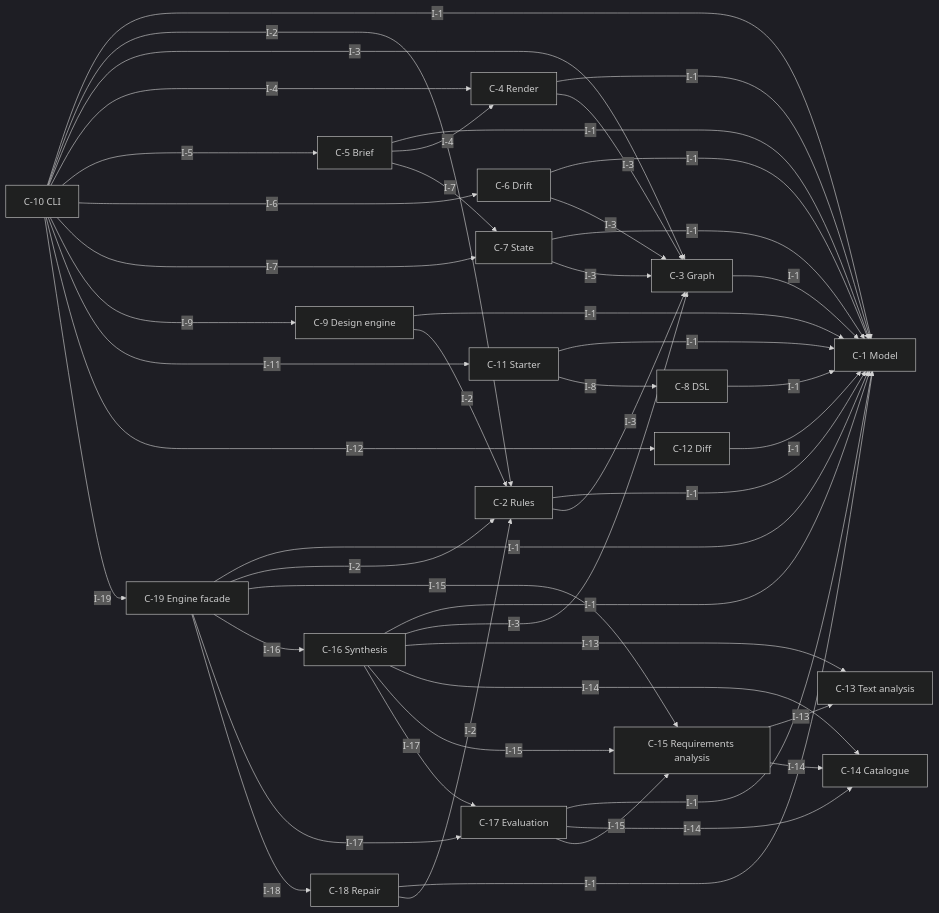
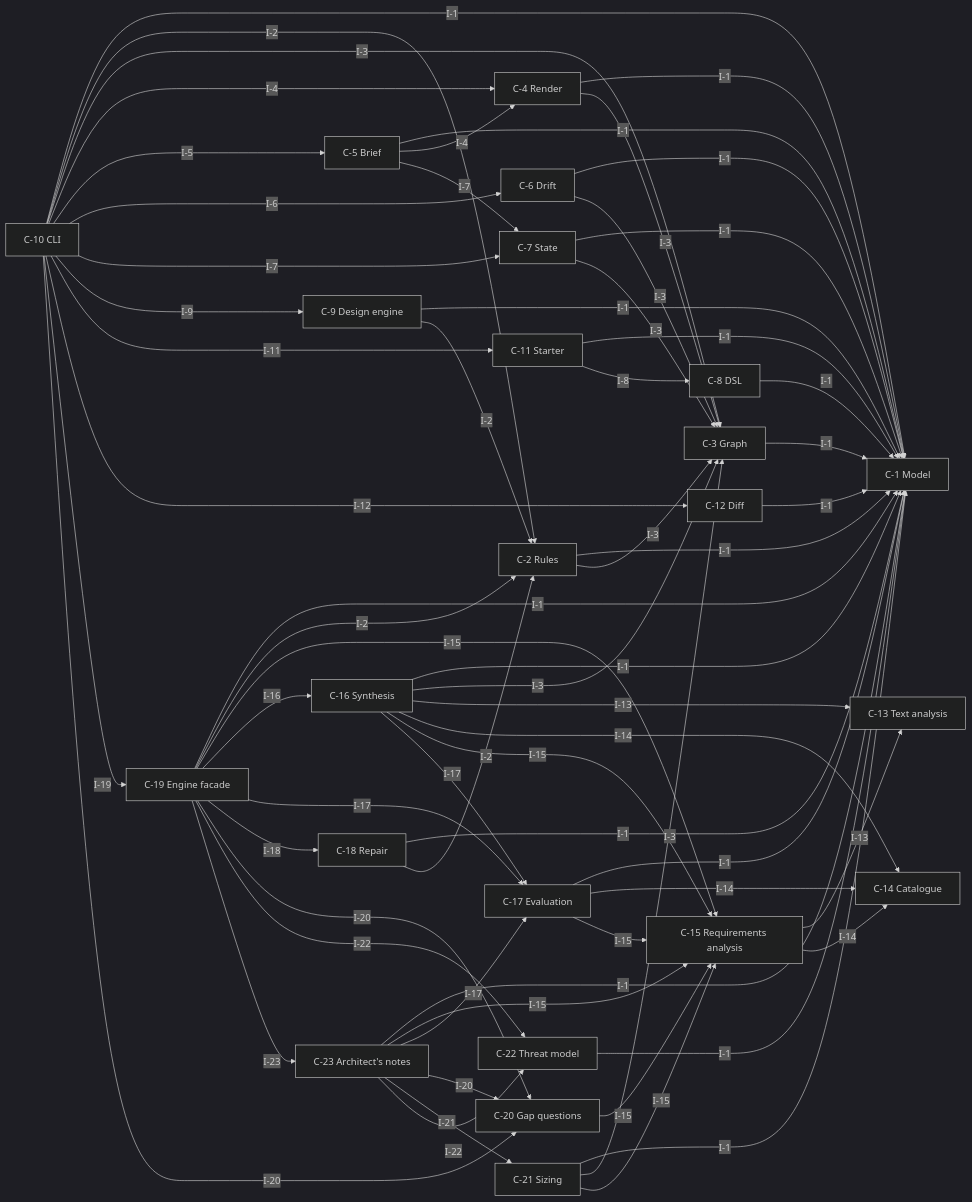
One commit to yui9696/sekkei changed the first of 8 diagrams in examples/self/DESIGN.md. Above: the diagram before and after it, drawn with Mermaid (dark theme). The commit also changed other lines of this file and 24 other files, not shown here.

First line of the commit message:
Architect's notes: open questions, capacity, effort, threat model; requirements template and guide

````diff
--- a/examples/self/DESIGN.md
+++ b/examples/self/DESIGN.md
@@ -60,6 +61,10 @@
   C_17["C-17 Evaluation"]
   C_18["C-18 Repair"]
   C_19["C-19 Engine facade"]
+  C_20["C-20 Gap questions"]
+  C_21["C-21 Sizing"]
+  C_22["C-22 Threat model"]
+  C_23["C-23 Architect's notes"]
   C_2 -->|I-1| C_1
   C_2 -->|I-3| C_3
   C_3 -->|I-1| C_1
@@ -86,6 +91,7 @@
   C_10 -->|I-11| C_11
   C_10 -->|I-12| C_12
   C_10 -->|I-19| C_19
+  C_10 -->|I-20| C_20
   C_11 -->|I-1| C_1
   C_11 -->|I-8| C_8
   C_12 -->|I-1| C_1
@@ -108,4 +114,18 @@
   C_19 -->|I-16| C_16
   C_19 -->|I-17| C_17
   C_19 -->|I-18| C_18
+  C_19 -->|I-20| C_20
+  C_19 -->|I-22| C_22
+  C_19 -->|I-23| C_23
+  C_20 -->|I-15| C_15
+  C_21 -->|I-1| C_1
+  C_21 -->|I-3| C_3
+  C_21 -->|I-15| C_15
+  C_22 -->|I-1| C_1
+  C_23 -->|I-1| C_1
+  C_23 -->|I-15| C_15
+  C_23 -->|I-17| C_17
+  C_23 -->|I-20| C_20
+  C_23 -->|I-21| C_21
+  C_23 -->|I-22| C_22
 ```
````
